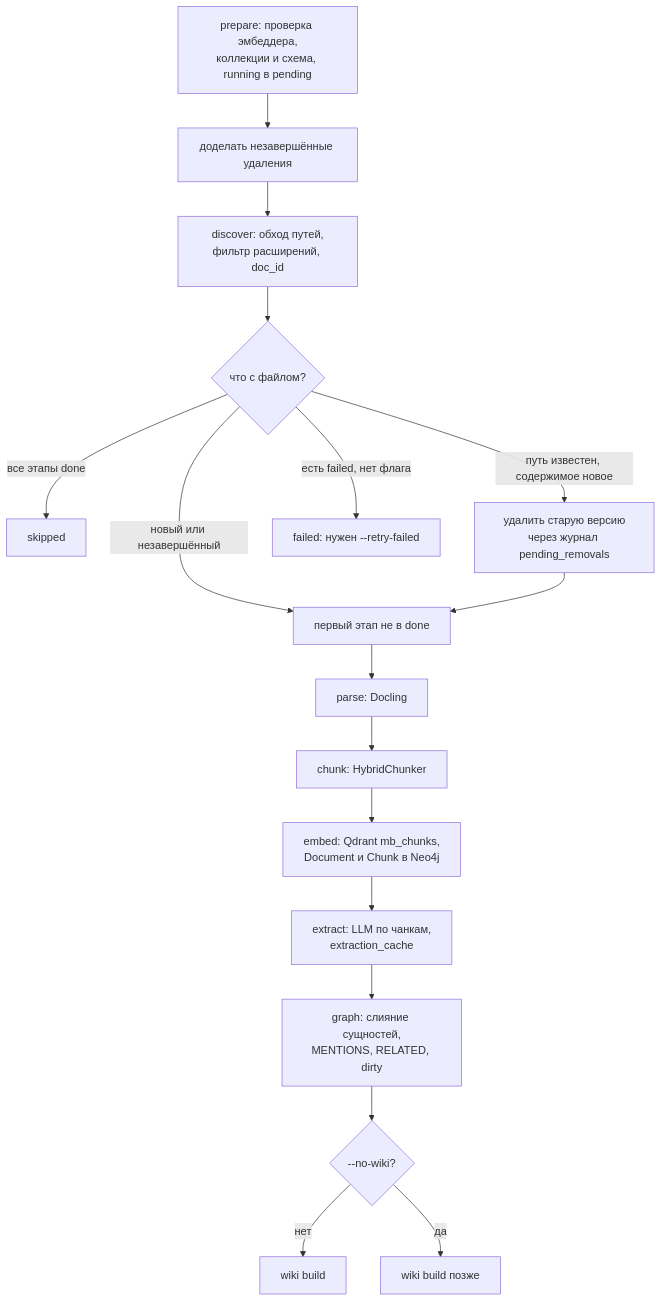
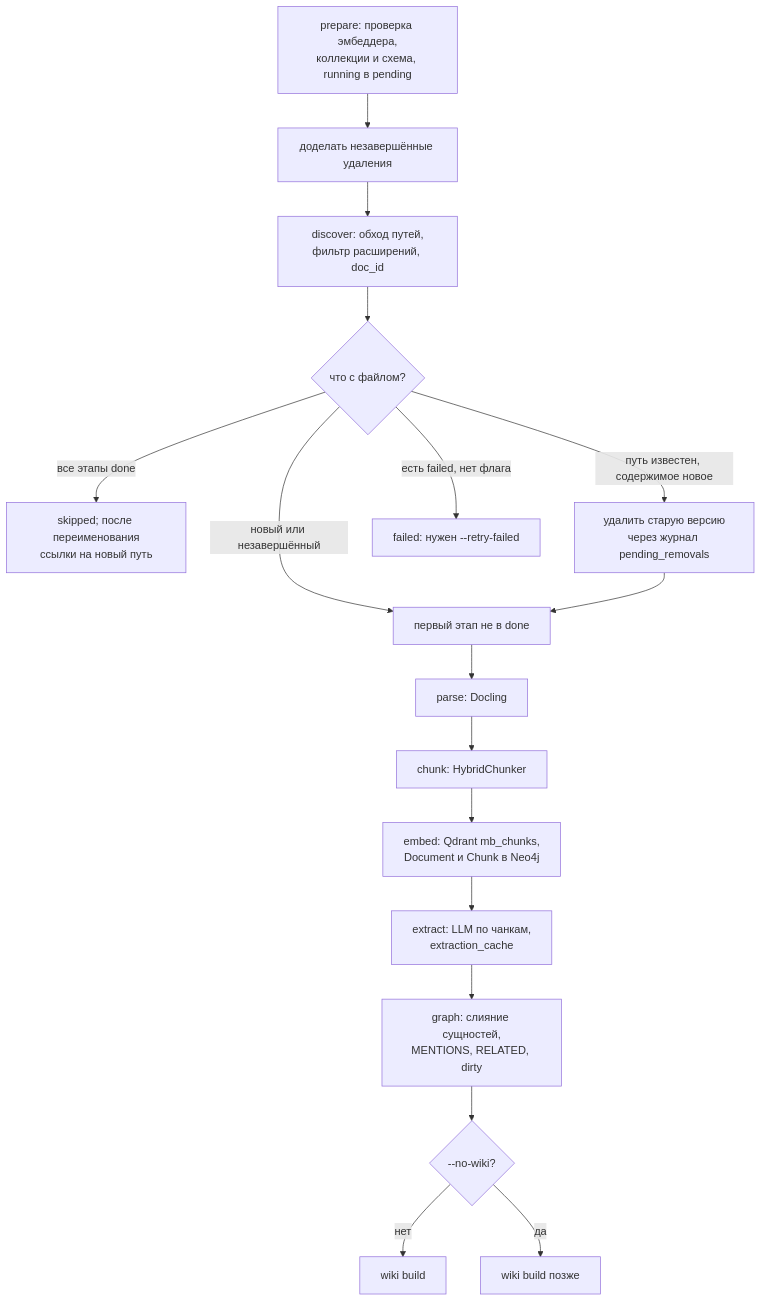
The third of 10 diagrams in README.md (000p1umDiesel/Atlas), drawn with Mermaid before and after one commit. The commit also changed other lines of this file, not shown here.

````diff
--- a/README.md
+++ b/README.md
@@ -480,19 +481,19 @@
 ```mermaid
 flowchart TD
     PREP["prepare: проверка эмбеддера,<br/>коллекции и схема, running в pending"] --> FIN["доделать незавершённые удаления"]
     FIN --> DISC["discover: обход путей,<br/>фильтр расширений, doc_id"]
     DISC --> KNOWN{"что с файлом?"}
-    KNOWN -->|"все этапы done"| SKIP["skipped"]
+    KNOWN -->|"все этапы done"| SKIP["skipped; после переименования<br/>ссылки на новый путь"]
     KNOWN -->|"путь известен, содержимое новое"| RM["удалить старую версию<br/>через журнал pending_removals"]
     KNOWN -->|"есть failed, нет флага"| FAILED["failed: нужен --retry-failed"]
     KNOWN -->|"новый или незавершённый"| NEXT["первый этап не в done"]
     RM --> NEXT
     NEXT --> PARSE["parse: Docling"]
     PARSE --> CHUNK["chunk: HybridChunker"]
     CHUNK --> EMBED["embed: Qdrant mb_chunks,<br/>Document и Chunk в Neo4j"]
     EMBED --> EXTRACT["extract: LLM по чанкам,<br/>extraction_cache"]
     EXTRACT --> GRAPH["graph: слияние сущностей,<br/>MENTIONS, RELATED, dirty"]
     GRAPH --> WIKIQ{"--no-wiki?"}
     WIKIQ -->|"нет"| WB["wiki build"]
     WIKIQ -->|"да"| LATER["wiki build позже"]
 ```
````
